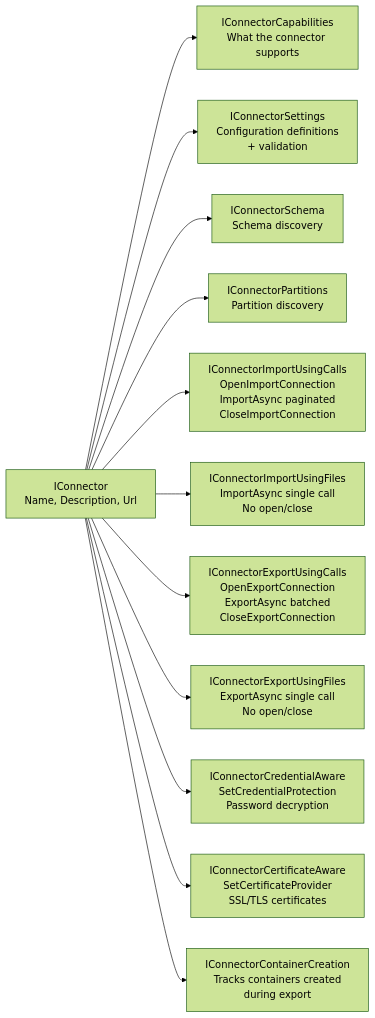
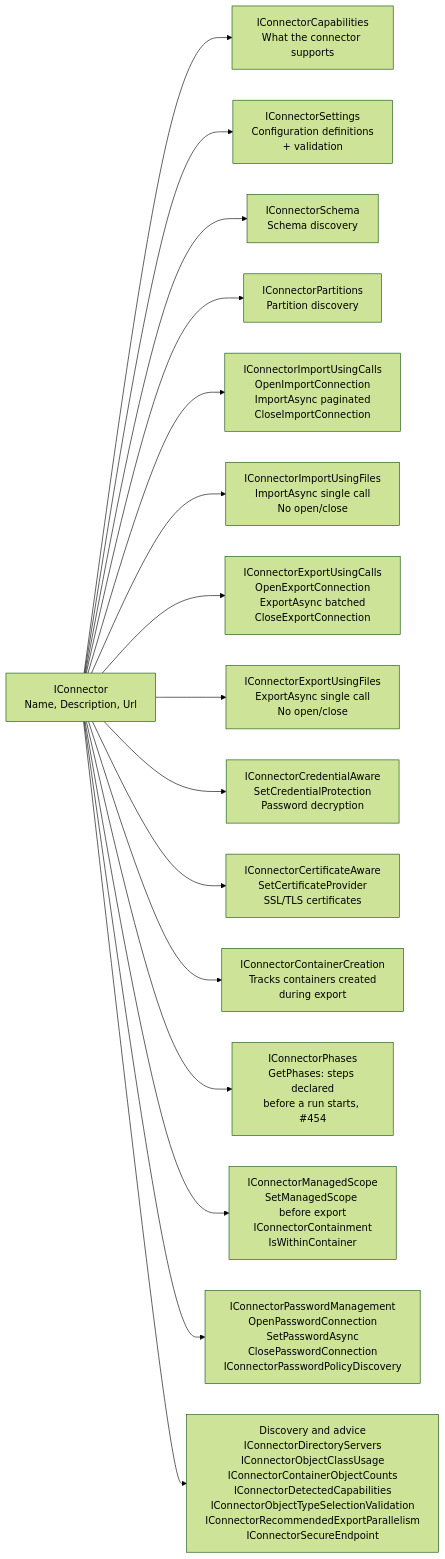
The first of 7 diagrams in docs/developer/diagrams/CONNECTOR_LIFECYCLE.md (TetronIO/JIM), drawn with Mermaid (forest theme) before and after one commit. The commit also changed other lines of this file and 49 other files, not shown here.

Commit message:
docs: update documentation, diagrams and changelog for v0.15.0 release

````diff
--- a/docs/developer/diagrams/CONNECTOR_LIFECYCLE.md
+++ b/docs/developer/diagrams/CONNECTOR_LIFECYCLE.md
@@ -9,17 +9,22 @@
 ```mermaid
 flowchart LR
     IConnector[IConnector<br/>Name, Description, Url] --> ICap[IConnectorCapabilities<br/>What the connector supports]
     IConnector --> ISettings[IConnectorSettings<br/>Configuration definitions<br/>+ validation]
     IConnector --> ISchema[IConnectorSchema<br/>Schema discovery]
     IConnector --> IPartitions[IConnectorPartitions<br/>Partition discovery]
 
     IConnector --> IImportCalls[IConnectorImportUsingCalls<br/>OpenImportConnection<br/>ImportAsync paginated<br/>CloseImportConnection]
     IConnector --> IImportFiles[IConnectorImportUsingFiles<br/>ImportAsync single call<br/>No open/close]
 
     IConnector --> IExportCalls[IConnectorExportUsingCalls<br/>OpenExportConnection<br/>ExportAsync batched<br/>CloseExportConnection]
     IConnector --> IExportFiles[IConnectorExportUsingFiles<br/>ExportAsync single call<br/>No open/close]
 
     IConnector --> ICredential[IConnectorCredentialAware<br/>SetCredentialProtection<br/>Password decryption]
     IConnector --> ICertificate[IConnectorCertificateAware<br/>SetCertificateProvider<br/>SSL/TLS certificates]
     IConnector --> IContainer[IConnectorContainerCreation<br/>Tracks containers created<br/>during export]
+
+    IConnector --> IPhases[IConnectorPhases<br/>GetPhases: steps declared<br/>before a run starts, #454]
+    IConnector --> IScope[IConnectorManagedScope<br/>SetManagedScope before export<br/>IConnectorContainment<br/>IsWithinContainer]
+    IConnector --> IPassword[IConnectorPasswordManagement<br/>OpenPasswordConnection<br/>SetPasswordAsync<br/>ClosePasswordConnection<br/>IConnectorPasswordPolicyDiscovery]
+    IConnector --> IDiscovery[Discovery and advice<br/>IConnectorDirectoryServers<br/>IConnectorObjectClassUsage<br/>IConnectorContainerObjectCounts<br/>IConnectorDetectedCapabilities<br/>IConnectorObjectTypeSelectionValidation<br/>IConnectorRecommendedExportParallelism<br/>IConnectorSecureEndpoint]
 ```
````
